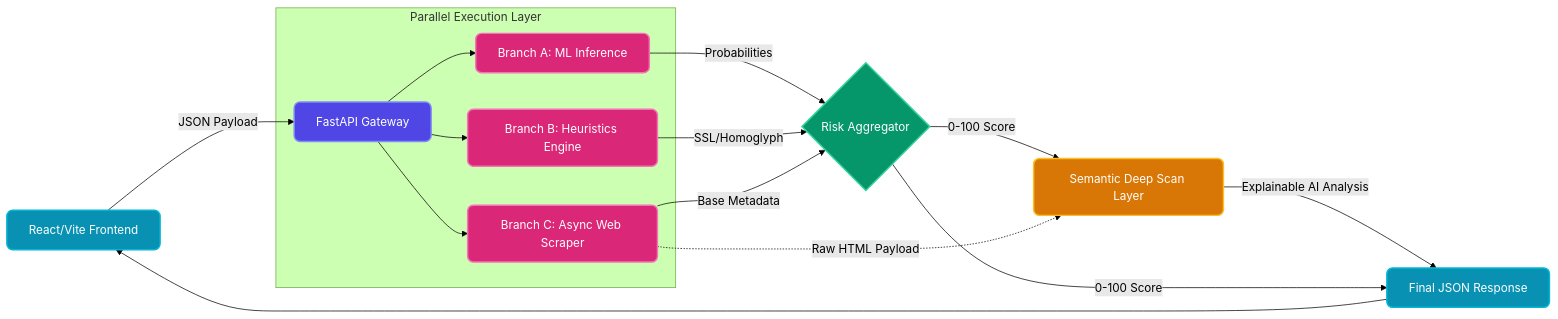
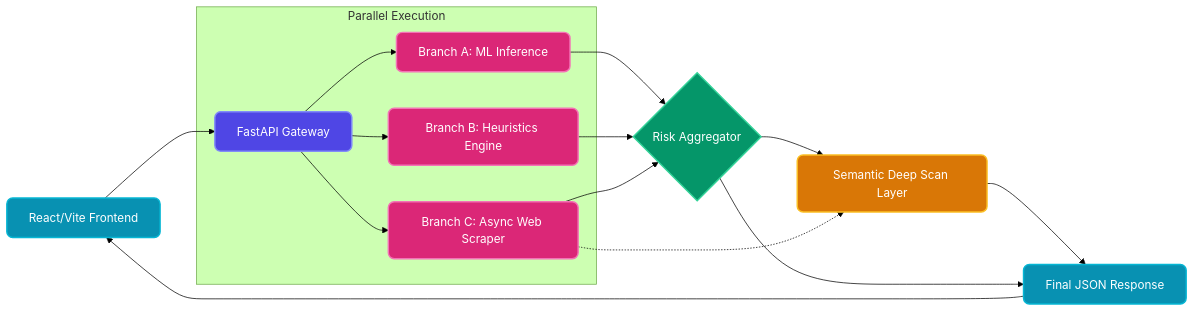
The diagram in README.md (Kartikey-97/ThreatLens), drawn with Mermaid (forest theme) before and after one commit. The commit also changed other lines of this file, not shown here.

Commit message:
Clean up flow diagram and add credibility checker to structure

````diff
--- a/README.md
+++ b/README.md
@@ -9,39 +9,39 @@
 ```mermaid
 flowchart LR
     classDef frontend fill:#0891b2,stroke:#06b6d4,stroke-width:2px,color:#fff,rx:8px,ry:8px;
     classDef backend fill:#4f46e5,stroke:#818cf8,stroke-width:2px,color:#fff,rx:8px,ry:8px;
     classDef ml fill:#db2777,stroke:#f472b6,stroke-width:2px,color:#fff,rx:8px,ry:8px;
     classDef xai fill:#d97706,stroke:#fbbf24,stroke-width:2px,color:#fff,rx:8px,ry:8px;
     classDef aggregator fill:#059669,stroke:#34d399,stroke-width:2px,color:#fff,rx:8px,ry:8px;
 
     UI[React/Vite Frontend]:::frontend
     API[FastAPI Gateway]:::backend
     
     XGB[Branch A: ML Inference]:::ml
     HEUR[Branch B: Heuristics Engine]:::ml
     SCRAPE[Branch C: Async Web Scraper]:::ml
     
     AGG{Risk Aggregator}:::aggregator
     GEMINI[Semantic Deep Scan Layer]:::xai
     RES[Final JSON Response]:::frontend
 
-    UI -->|JSON Payload| API
+    UI --> API
     
-    subgraph Parallel_Execution["Parallel Execution Layer"]
+    subgraph Parallel_Execution["Parallel Execution"]
         API --> XGB
         API --> HEUR
         API --> SCRAPE
     end
     
-    XGB -->|Probabilities| AGG
-    HEUR -->|SSL/Homoglyph| AGG
-    SCRAPE -->|Base Metadata| AGG
+    XGB --> AGG
+    HEUR --> AGG
+    SCRAPE --> AGG
     
-    AGG -->|0-100 Score| GEMINI
-    SCRAPE -.->|Raw HTML Payload| GEMINI
+    AGG --> GEMINI
+    SCRAPE -.-> GEMINI
     
-    GEMINI -->|Explainable AI Analysis| RES
-    AGG -->|0-100 Score| RES
+    GEMINI --> RES
+    AGG --> RES
     
     RES --> UI
 ```
````
